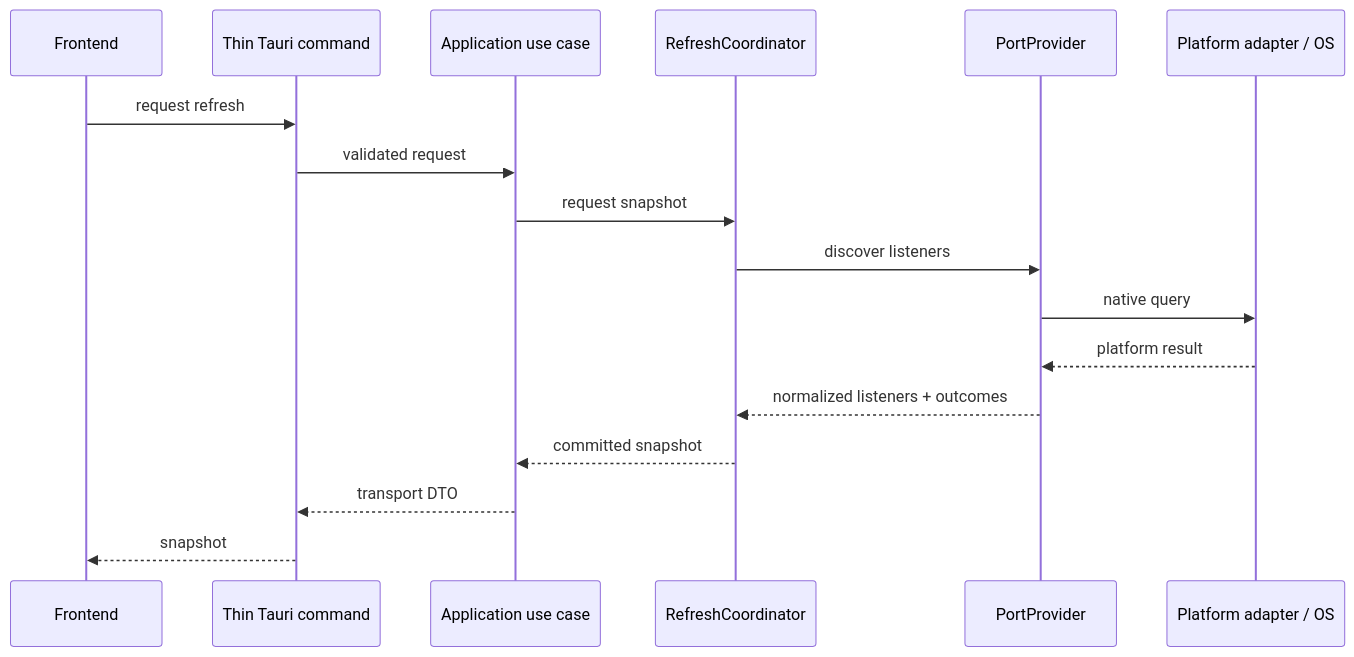
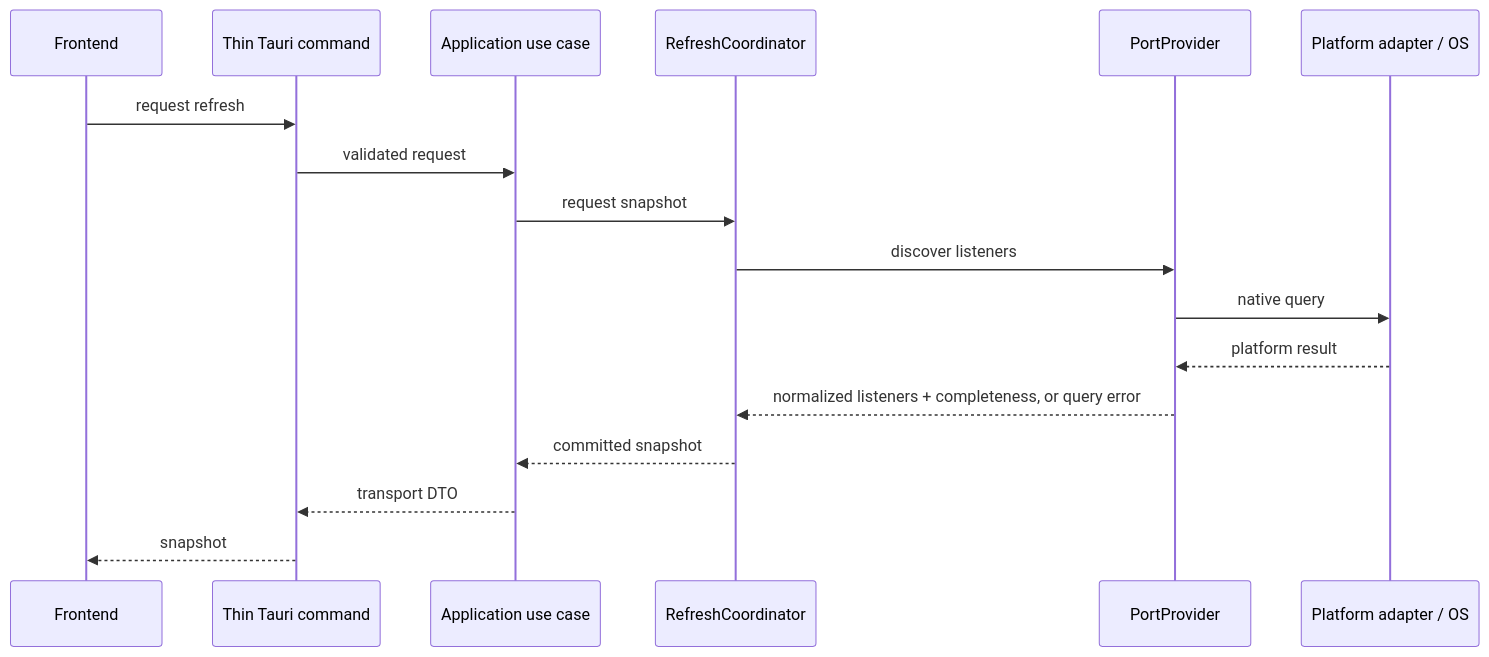
The first of 2 diagrams in docs/architecture/DATA-FLOW.md (thg1rb/thaa), drawn with Mermaid before and after one commit. The commit also changed other lines of this file and 8 other files, not shown here.

````diff
--- a/docs/architecture/DATA-FLOW.md
+++ b/docs/architecture/DATA-FLOW.md
@@ -7,19 +7,19 @@
 ```mermaid
 sequenceDiagram
   participant UI as Frontend
   participant Cmd as Thin Tauri command
   participant UC as Application use case
   participant Coord as RefreshCoordinator
   participant Port as PortProvider
   participant OS as Platform adapter / OS
   UI->>Cmd: request refresh
   Cmd->>UC: validated request
   UC->>Coord: request snapshot
   Coord->>Port: discover listeners
   Port->>OS: native query
   OS-->>Port: platform result
-  Port-->>Coord: normalized listeners + outcomes
+  Port-->>Coord: normalized listeners + completeness, or query error
   Coord-->>UC: committed snapshot
   UC-->>Cmd: transport DTO
   Cmd-->>UI: snapshot
 ```
````
